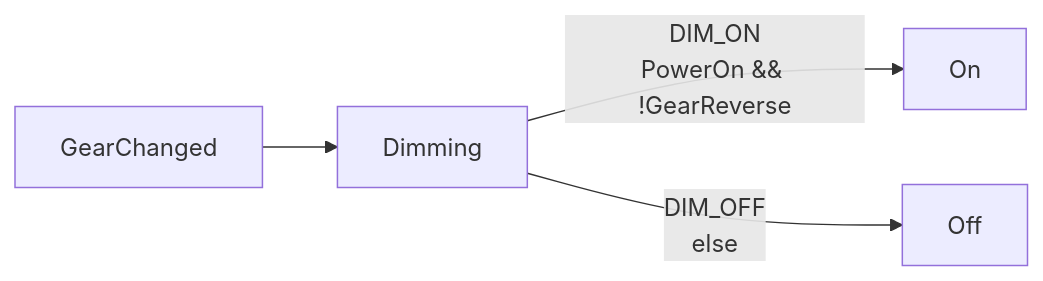
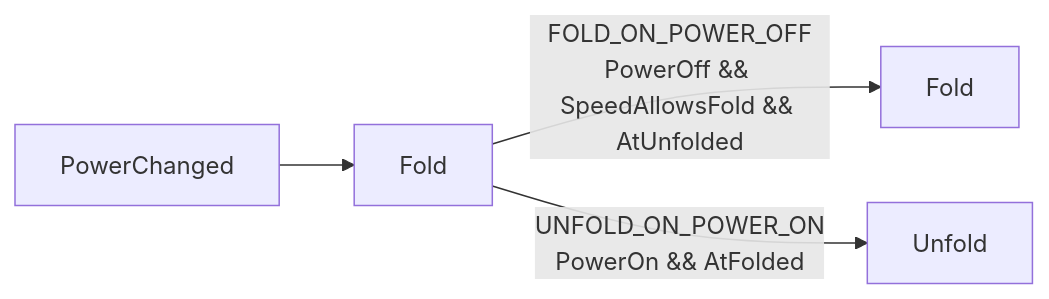
The third of 4 diagrams in examples/mirrors/mirrors.md (4artit/declared), drawn with Mermaid before and after one commit. The commit also changed other lines of this file and 22 other files, not shown here.

Commit message:
rollback sm deletion / change diagram generation uses events(when) for the source

````diff
--- a/examples/mirrors/mirrors.md
+++ b/examples/mirrors/mirrors.md
@@ -80,6 +82,6 @@
 ```mermaid
 flowchart LR
-    ev_GearChanged["GearChanged"] --> ft_Dimming["Dimming"]
-    ft_Dimming["Dimming"] -->|"DIM_ON<br/>PowerOn && !GearReverse"| ac_Dimming_On["On"]
-    ft_Dimming["Dimming"] -->|"DIM_OFF<br/>else"| ac_Dimming_Off["Off"]
+    ev_PowerChanged["PowerChanged"] --> ft_Fold["Fold"]
+    ft_Fold["Fold"] -->|"FOLD_ON_POWER_OFF<br/>PowerOff && SpeedAllowsFold && AtUnfolded"| ac_Fold_Fold["Fold"]
+    ft_Fold["Fold"] -->|"UNFOLD_ON_POWER_ON<br/>PowerOn && AtFolded"| ac_Fold_Unfold["Unfold"]
 ```
````
